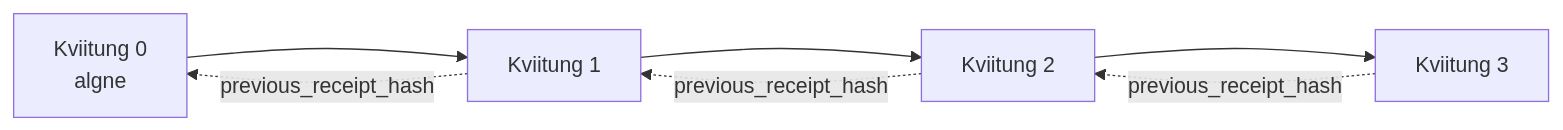
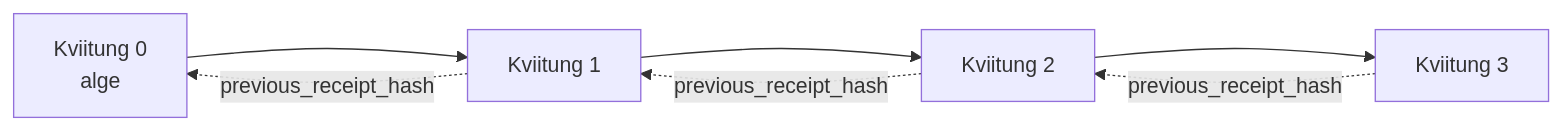
Before and after one commit to microsoft/ai-agents-for-beginners: the second of 2 diagrams in translations/et/18-securing-ai-agents/README.md, drawn with Mermaid. The commit also changed other lines of this file and 219 other files, not shown here.

````diff
--- a/translations/et/18-securing-ai-agents/README.md
+++ b/translations/et/18-securing-ai-agents/README.md
@@ -206,9 +206,9 @@
 ```mermaid
 flowchart LR
-    R0[Kviitung 0<br/>algne] --> R1[Kviitung 1]
+    R0[Kviitung 0<br/>alge] --> R1[Kviitung 1]
     R1 --> R2[Kviitung 2]
     R2 --> R3[Kviitung 3]
     R1 -. previous_receipt_hash .-> R0
     R2 -. previous_receipt_hash .-> R1
     R3 -. previous_receipt_hash .-> R2
 ```
````
